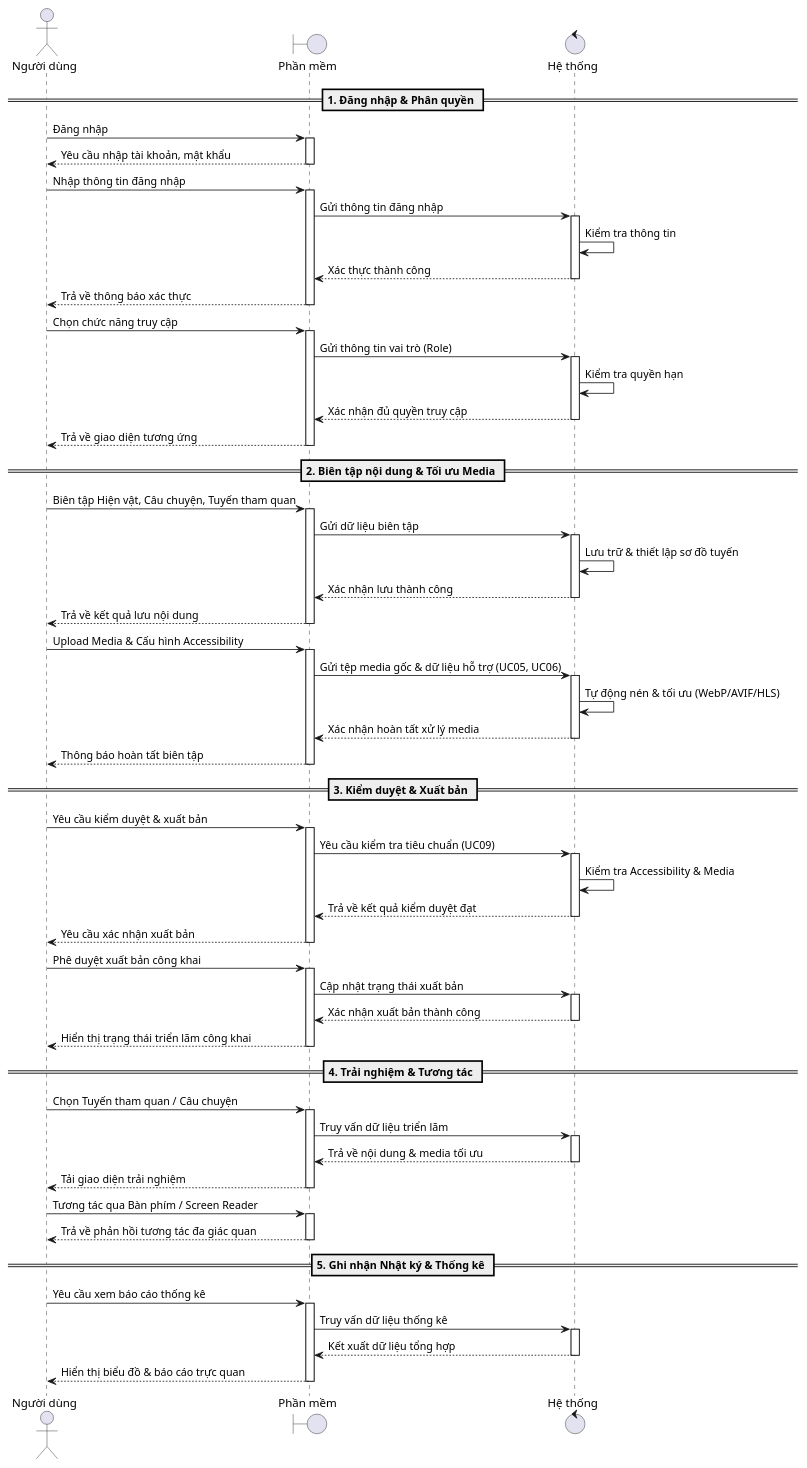
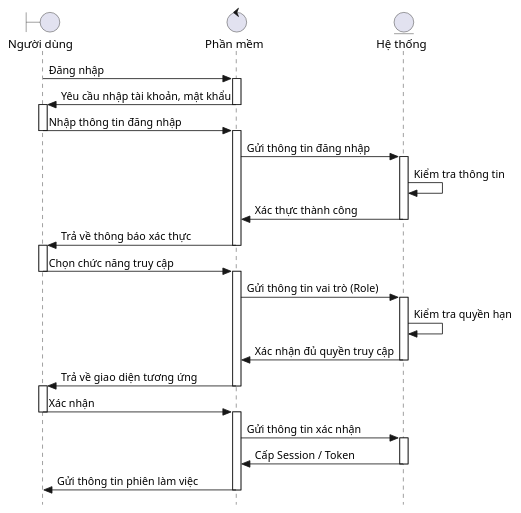
Before and after one commit to QuangLy1250080112/PlantUML_Mohinhhoa: the diagram in sequence.puml, drawn with PlantUML. The commit also changed 3 other files, not shown here.

Commit message:
Khoi tao 5 so do UML bang ma PlantUML ver 1.1

```diff
--- a/sequence.puml
+++ b/sequence.puml
@@ -1,92 +1,54 @@
 @startuml name "Hệ thống Triển lãm Trực tuyến Tương tác" title "Sequence Diagram - Hệ thống Triển lãm Trực tuyến Tương tác"
-actor "Người dùng" as User
-boundary "Phần mềm" as App
-control "Hệ thống" as System
+skinparam style strictuml
 
-== 1. Đăng nhập & Phân quyền ==
+boundary "Người dùng" as User
+control "Phần mềm" as App
+entity "Hệ thống" as System
+
 User -> App: Đăng nhập
 activate App
-App --> User: Yêu cầu nhập tài khoản, mật khẩu
+
+App -> User: Yêu cầu nhập tài khoản, mật khẩu
 deactivate App
+
+activate User
 User -> App: Nhập thông tin đăng nhập
+deactivate User
 activate App
+
 App -> System: Gửi thông tin đăng nhập
 activate System
 System -> System: Kiểm tra thông tin
-System --> App: Xác thực thành công
+System -> App: Xác thực thành công
 deactivate System
-App --> User: Trả về thông báo xác thực
+
+App -> User: Trả về thông báo xác thực
 deactivate App
+
+activate User
 User -> App: Chọn chức năng truy cập
+deactivate User
 activate App
+
 App -> System: Gửi thông tin vai trò (Role)
 activate System
 System -> System: Kiểm tra quyền hạn
-System --> App: Xác nhận đủ quyền truy cập
+System -> App: Xác nhận đủ quyền truy cập
 deactivate System
-App --> User: Trả về giao diện tương ứng
+
+App -> User: Trả về giao diện tương ứng
 deactivate App
 
-== 2. Biên tập nội dung & Tối ưu Media ==
-User -> App: Biên tập Hiện vật, Câu chuyện, Tuyến tham quan
+activate User
+User -> App: Xác nhận
+deactivate User
 activate App
-App -> System: Gửi dữ liệu biên tập
+
+App -> System: Gửi thông tin xác nhận
 activate System
-System -> System: Lưu trữ & thiết lập sơ đồ tuyến
-System --> App: Xác nhận lưu thành công
+System -> App: Cấp Session / Token
 deactivate System
-App --> User: Trả về kết quả lưu nội dung
-deactivate App
-User -> App: Upload Media & Cấu hình Accessibility
-activate App
-App -> System: Gửi tệp media gốc & dữ liệu hỗ trợ (UC05, UC06)
-activate System
-System -> System: Tự động nén & tối ưu (WebP/AVIF/HLS)
-System --> App: Xác nhận hoàn tất xử lý media
-deactivate System
-App --> User: Thông báo hoàn tất biên tập
-deactivate App
 
-== 3. Kiểm duyệt & Xuất bản ==
-User -> App: Yêu cầu kiểm duyệt & xuất bản
-activate App
-App -> System: Yêu cầu kiểm tra tiêu chuẩn (UC09)
-activate System
-System -> System: Kiểm tra Accessibility & Media
-System --> App: Trả về kết quả kiểm duyệt đạt
-deactivate System
-App --> User: Yêu cầu xác nhận xuất bản
-deactivate App
-User -> App: Phê duyệt xuất bản công khai
-activate App
-App -> System: Cập nhật trạng thái xuất bản
-activate System
-System --> App: Xác nhận xuất bản thành công
-deactivate System
-App --> User: Hiển thị trạng thái triển lãm công khai
-deactivate App
-
-== 4. Trải nghiệm & Tương tác ==
-User -> App: Chọn Tuyến tham quan / Câu chuyện
-activate App
-App -> System: Truy vấn dữ liệu triển lãm
-activate System
-System --> App: Trả về nội dung & media tối ưu
-deactivate System
-App --> User: Tải giao diện trải nghiệm
-deactivate App
-User -> App: Tương tác qua Bàn phím / Screen Reader
-activate App
-App --> User: Trả về phản hồi tương tác đa giác quan
-deactivate App
-
-== 5. Ghi nhận Nhật ký & Thống kê ==
-User -> App: Yêu cầu xem báo cáo thống kê
-activate App
-App -> System: Truy vấn dữ liệu thống kê
-activate System
-System --> App: Kết xuất dữ liệu tổng hợp
-deactivate System
-App --> User: Hiển thị biểu đồ & báo cáo trực quan
+App -> User: Gửi thông tin phiên làm việc
 deactivate App
 @endl
```
